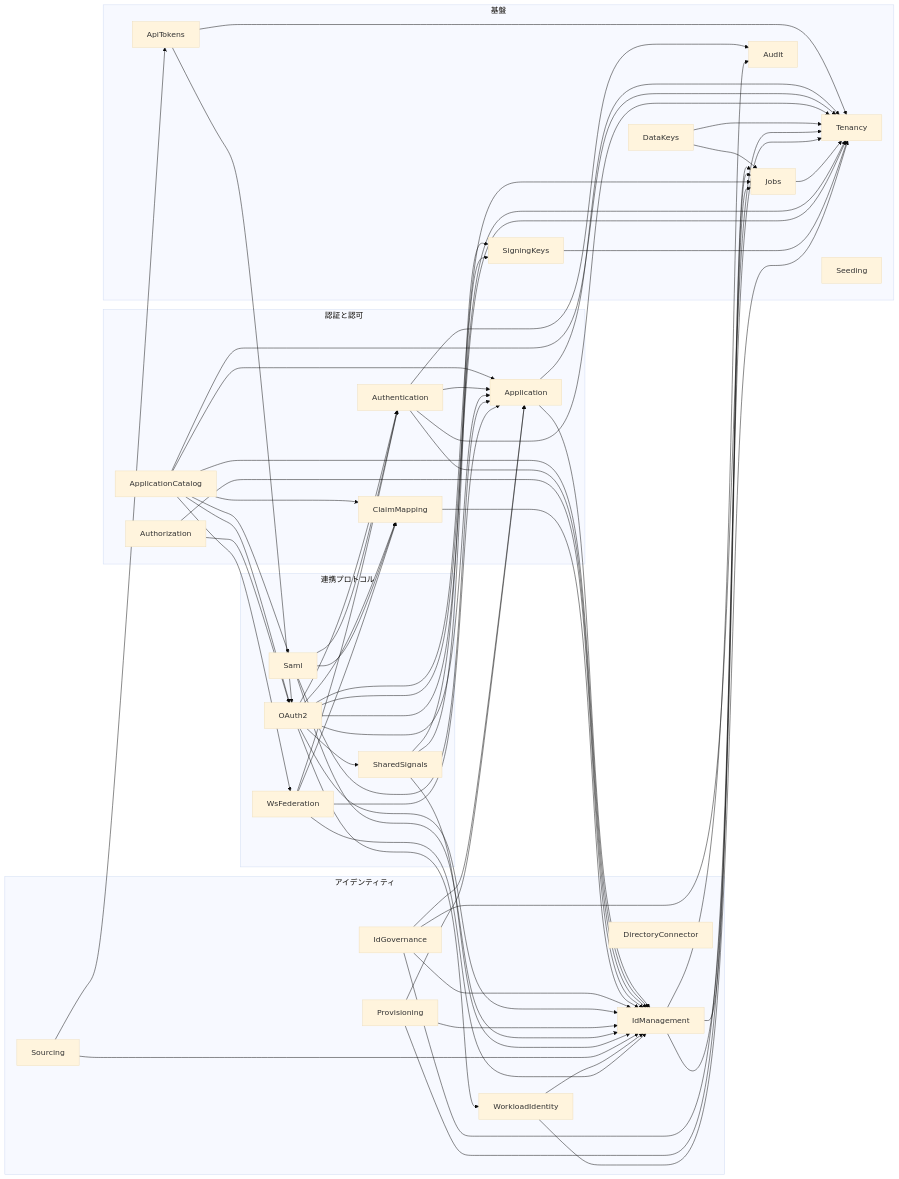
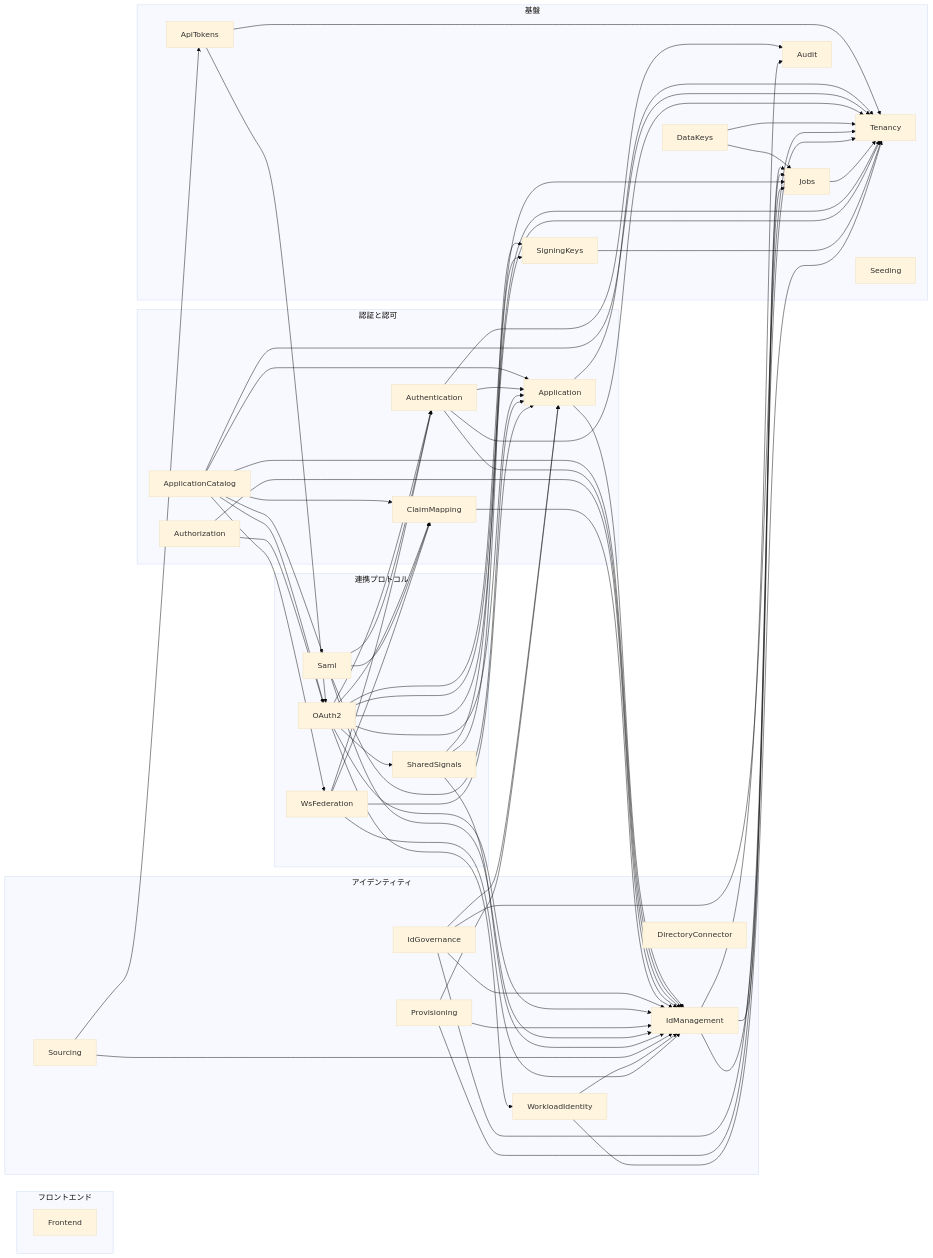
One commit to ambi/idmagic changed the diagram in docs/modules/README.md. Above: the diagram before and after it, drawn with Mermaid (base theme). The commit also changed other lines of this file and 28 other files, not shown here.

```diff
--- a/docs/modules/README.md
+++ b/docs/modules/README.md
@@ -109,7 +119,10 @@
     ApiTokens
     Audit
   end
-  subgraph group1["アイデンティティ"]
+  subgraph group1["フロントエンド"]
+    Frontend
+  end
+  subgraph group2["アイデンティティ"]
     IdManagement
     IdGovernance
     Sourcing
@@ -117,14 +130,14 @@
     Provisioning
     WorkloadIdentity
   end
-  subgraph group2["認証と認可"]
+  subgraph group3["認証と認可"]
     Authentication
     Authorization
     Application
     ApplicationCatalog
     ClaimMapping
   end
-  subgraph group3["連携プロトコル"]
+  subgraph group4["連携プロトコル"]
     OAuth2
     Saml
     WsFederation
```
